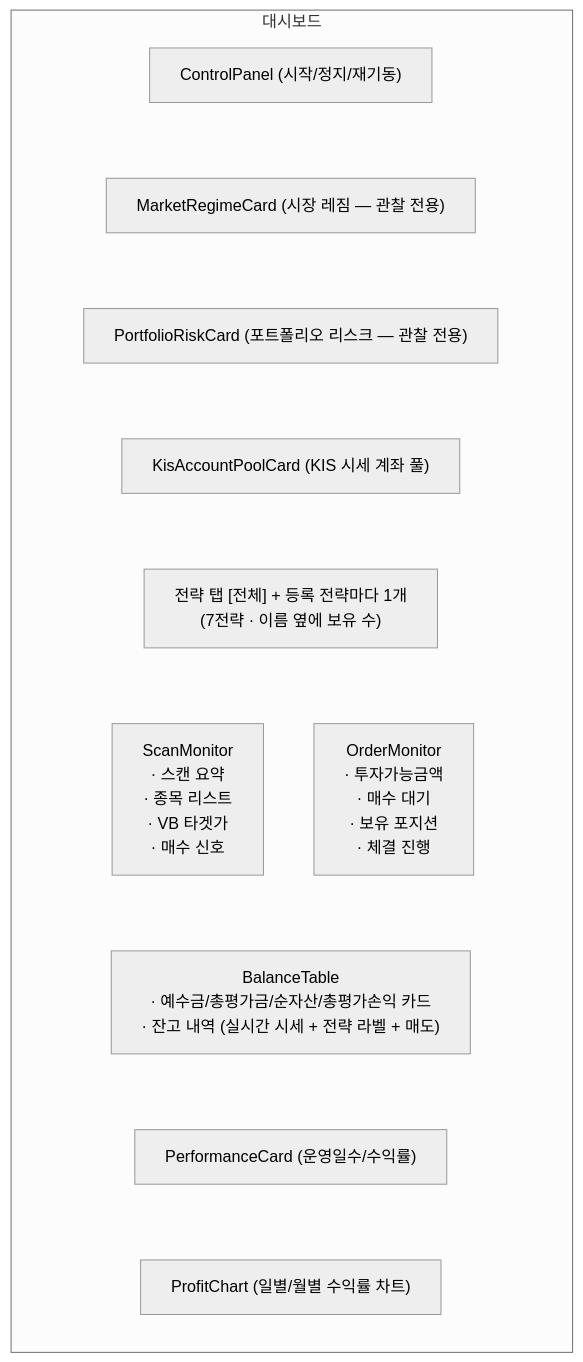
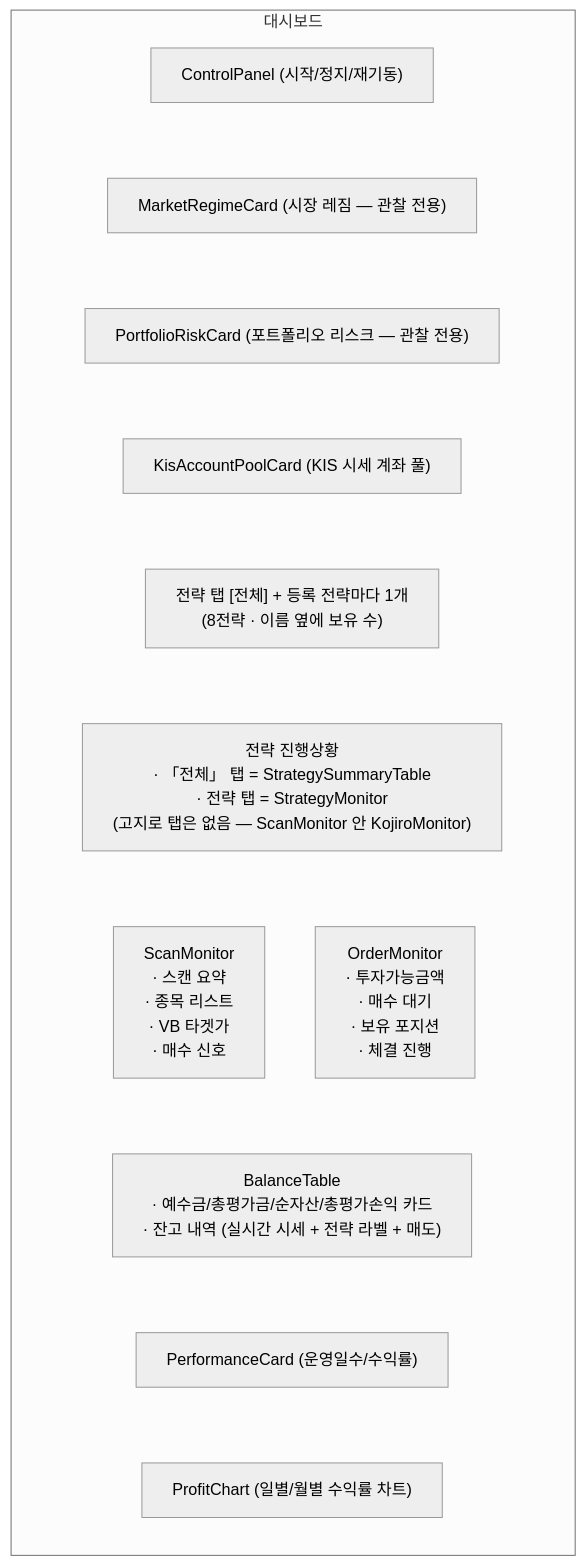
Before and after one commit to canduk910/auto_stock: diagram 17 of 27 in docs/architecture.md, drawn with Mermaid (neutral theme). The commit also changed other lines of this file and 9 other files, not shown here.

````diff
--- a/docs/architecture.md
+++ b/docs/architecture.md
@@ -1049,27 +1051,29 @@
 ```mermaid
 %%{init: {"flowchart": {"wrappingWidth": 360}}}%%
 flowchart TB
     subgraph PAGE["대시보드"]
         direction TB
         CP["ControlPanel (시작/정지/재기동)"]
         MR["MarketRegimeCard (시장 레짐 — 관찰 전용)"]
         PR["PortfolioRiskCard (포트폴리오 리스크 — 관찰 전용)"]
         KP["KisAccountPoolCard (KIS 시세 계좌 풀)"]
-        TAB["전략 탭 [전체] + 등록 전략마다 1개<br/>(7전략 · 이름 옆에 보유 수)"]
+        TAB["전략 탭 [전체] + 등록 전략마다 1개<br/>(8전략 · 이름 옆에 보유 수)"]
+        SP["전략 진행상황<br/>· 「전체」 탭 = StrategySummaryTable<br/>· 전략 탭 = StrategyMonitor<br/>(고지로 탭은 없음 — ScanMonitor 안 KojiroMonitor)"]
         SM["ScanMonitor<br/>· 스캔 요약<br/>· 종목 리스트<br/>· VB 타겟가<br/>· 매수 신호"]
         OM["OrderMonitor<br/>· 투자가능금액<br/>· 매수 대기<br/>· 보유 포지션<br/>· 체결 진행"]
         BT["BalanceTable<br/>· 예수금/총평가금/순자산/총평가손익 카드<br/>· 잔고 내역 (실시간 시세 + 전략 라벨 + 매도)"]
         PC["PerformanceCard (운영일수/수익률)"]
         CH["ProfitChart (일별/월별 수익률 차트)"]
         CP ~~~ MR
         MR ~~~ PR
         PR ~~~ KP
         KP ~~~ TAB
-        TAB ~~~ SM
-        TAB ~~~ OM
+        TAB ~~~ SP
+        SP ~~~ SM
+        SP ~~~ OM
         SM ~~~ BT
         OM ~~~ BT
         BT ~~~ PC
         PC ~~~ CH
     end
 ```
````
